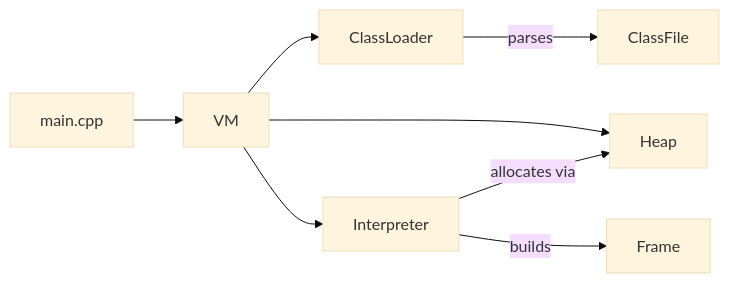
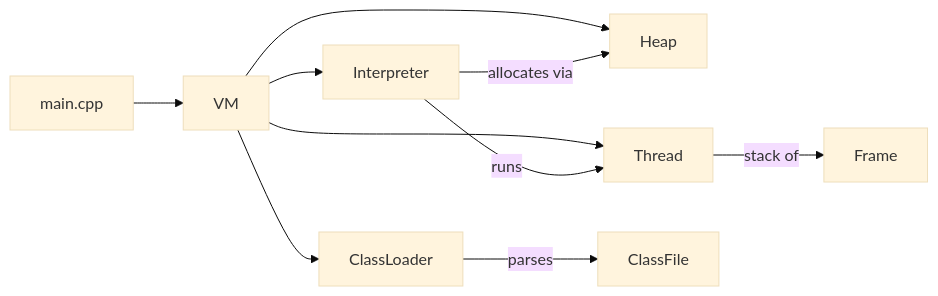
The diagram in README.md (Kostu96/gothic-jvm), drawn with Mermaid (base theme) before and after one commit. The commit also changed other lines of this file and 15 other files, not shown here.

````diff
--- a/README.md
+++ b/README.md
@@ -97,10 +104,12 @@
 ```mermaid
 flowchart LR
     A[main.cpp] --> B[VM]
     B --> C[ClassLoader]
     B --> D[Heap]
     B --> E[Interpreter]
+    B --> H[Thread]
     C -->|parses| F[ClassFile]
-    E -->|builds| G[Frame]
+    H -->|stack of| G[Frame]
+    E -->|runs| H
     E -->|allocates via| D
 ```
````
